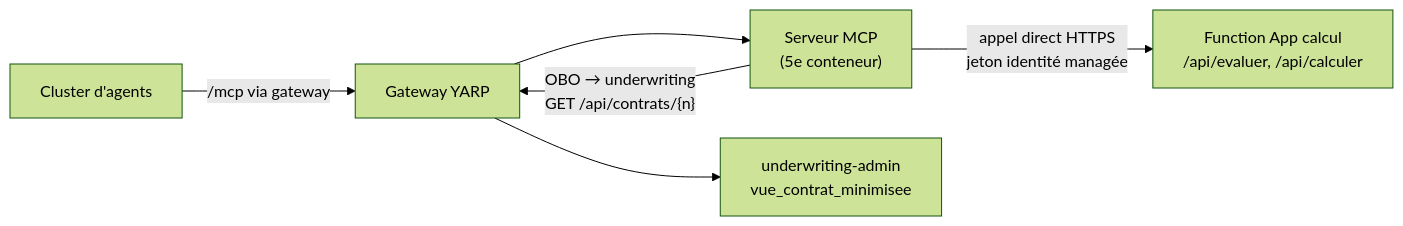
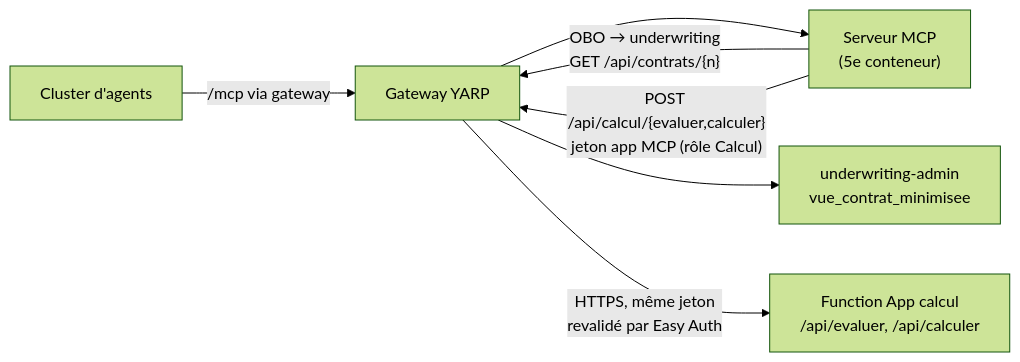
The diagram in docs/superpowers/specs/2026-10-22-calcul-risque-prime-design.md (acerolaz/agentinsurflow), drawn with Mermaid (forest theme) before and after one commit. The commit also changed other lines of this file and 1 other file, not shown here.

Commit message:
docs(calcul): canal MCP → Function par la gateway (amendement OWASP du 22/10) et plan (#64)

````diff
--- a/docs/superpowers/specs/2026-10-22-calcul-risque-prime-design.md
+++ b/docs/superpowers/specs/2026-10-22-calcul-risque-prime-design.md
@@ -37,8 +37,9 @@
 ```mermaid
 flowchart LR
     CL["Cluster d'agents"] -->|"/mcp via gateway"| GW["Gateway YARP"]
     GW --> MCP["Serveur MCP<br/>(5e conteneur)"]
     MCP -->|"OBO → underwriting<br/>GET /api/contrats/{n}"| GW
     GW --> UW["underwriting-admin<br/>vue_contrat_minimisee"]
-    MCP -->|"appel direct HTTPS<br/>jeton identité managée"| FN["Function App calcul<br/>/api/evaluer, /api/calculer"]
+    MCP -->|"POST /api/calcul/{evaluer,calculer}<br/>jeton app MCP (rôle Calcul)"| GW
+    GW -->|"HTTPS, même jeton<br/>revalidé par Easy Auth"| FN["Function App calcul<br/>/api/evaluer, /api/calculer"]
 ```
````
